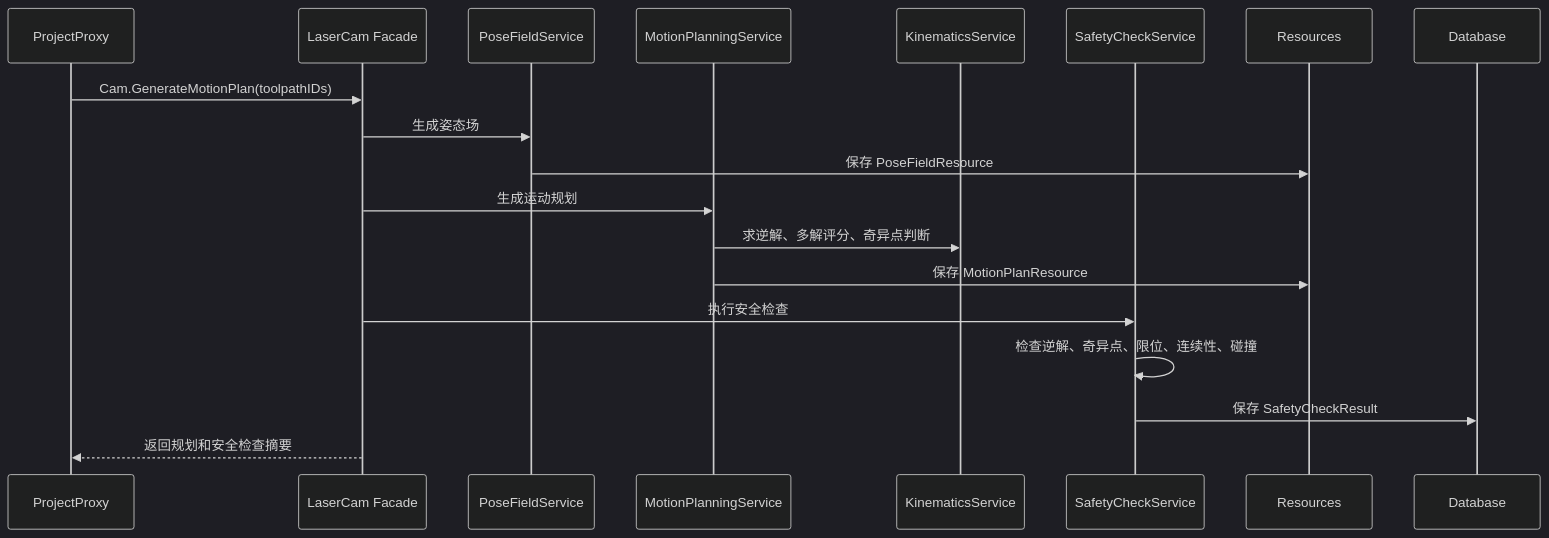
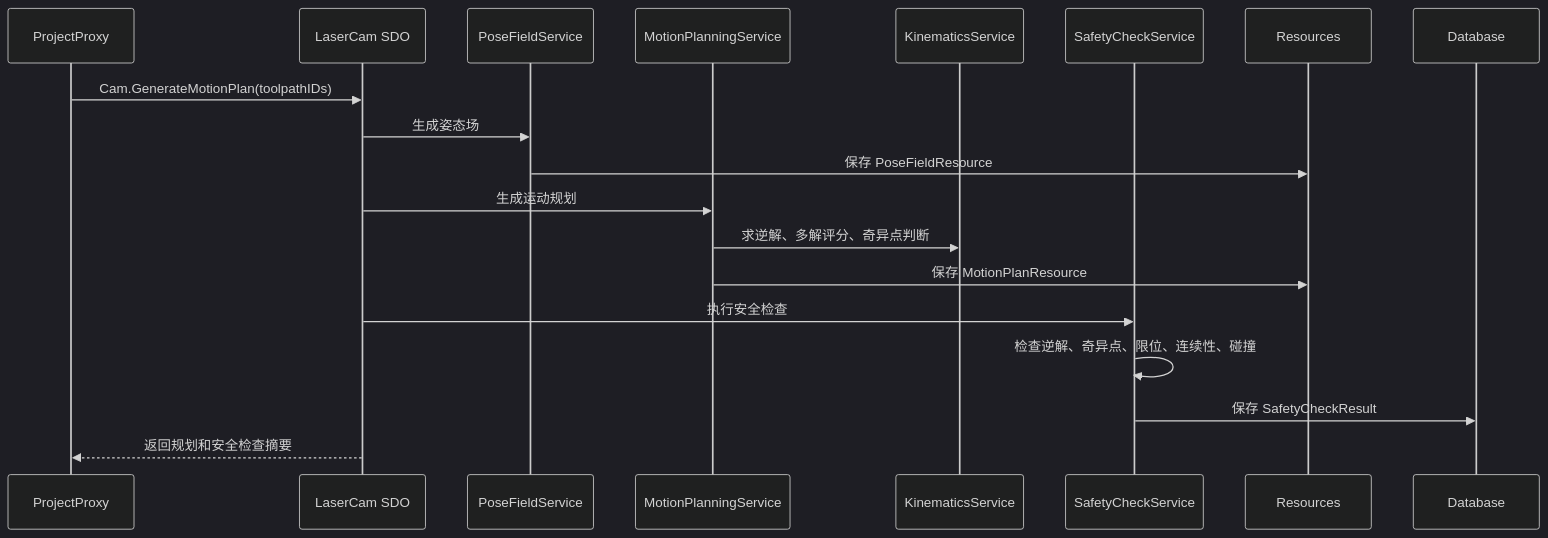
Before and after one commit to penguinchiang0609-ui/iCAX: the fifth of 6 diagrams in doc/iCAX-Engine/Products/Laser3DCAM/三维线条切割CAM产品方案文档.md, drawn with Mermaid (dark theme). The commit also changed other lines of this file and 2290 other files, not shown here.

Commit message:
checkpoint: consolidate SDO and resource architecture

````diff
--- a/doc/iCAX-Engine/Products/Laser3DCAM/三维线条切割CAM产品方案文档.md
+++ b/doc/iCAX-Engine/Products/Laser3DCAM/三维线条切割CAM产品方案文档.md
@@ -894,22 +894,22 @@
 ```mermaid
 sequenceDiagram
     participant UI as ProjectProxy
-    participant Cmd as LaserCam Facade
+    participant Cmd as LaserCam SDO
     participant Pose as PoseFieldService
     participant Motion as MotionPlanningService
     participant IK as KinematicsService
     participant Safe as SafetyCheckService
     participant Res as Resources
     participant Repo as Database
 
     UI->>Cmd: Cam.GenerateMotionPlan(toolpathIDs)
     Cmd->>Pose: 生成姿态场
     Pose->>Res: 保存 PoseFieldResource
     Cmd->>Motion: 生成运动规划
     Motion->>IK: 求逆解、多解评分、奇异点判断
     Motion->>Res: 保存 MotionPlanResource
     Cmd->>Safe: 执行安全检查
     Safe->>Safe: 检查逆解、奇异点、限位、连续性、碰撞
     Safe->>Repo: 保存 SafetyCheckResult
     Cmd-->>UI: 返回规划和安全检查摘要
 ```
````
